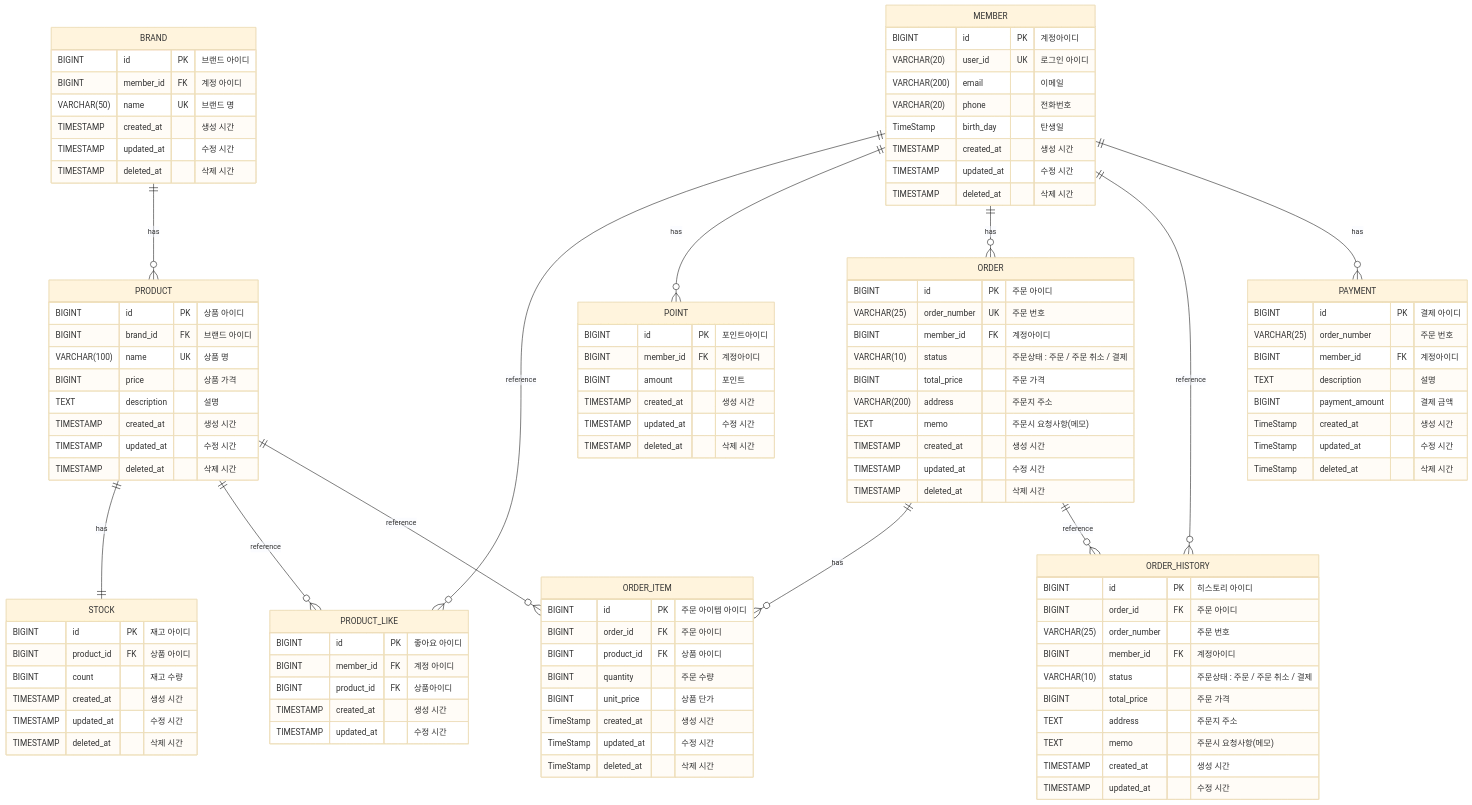
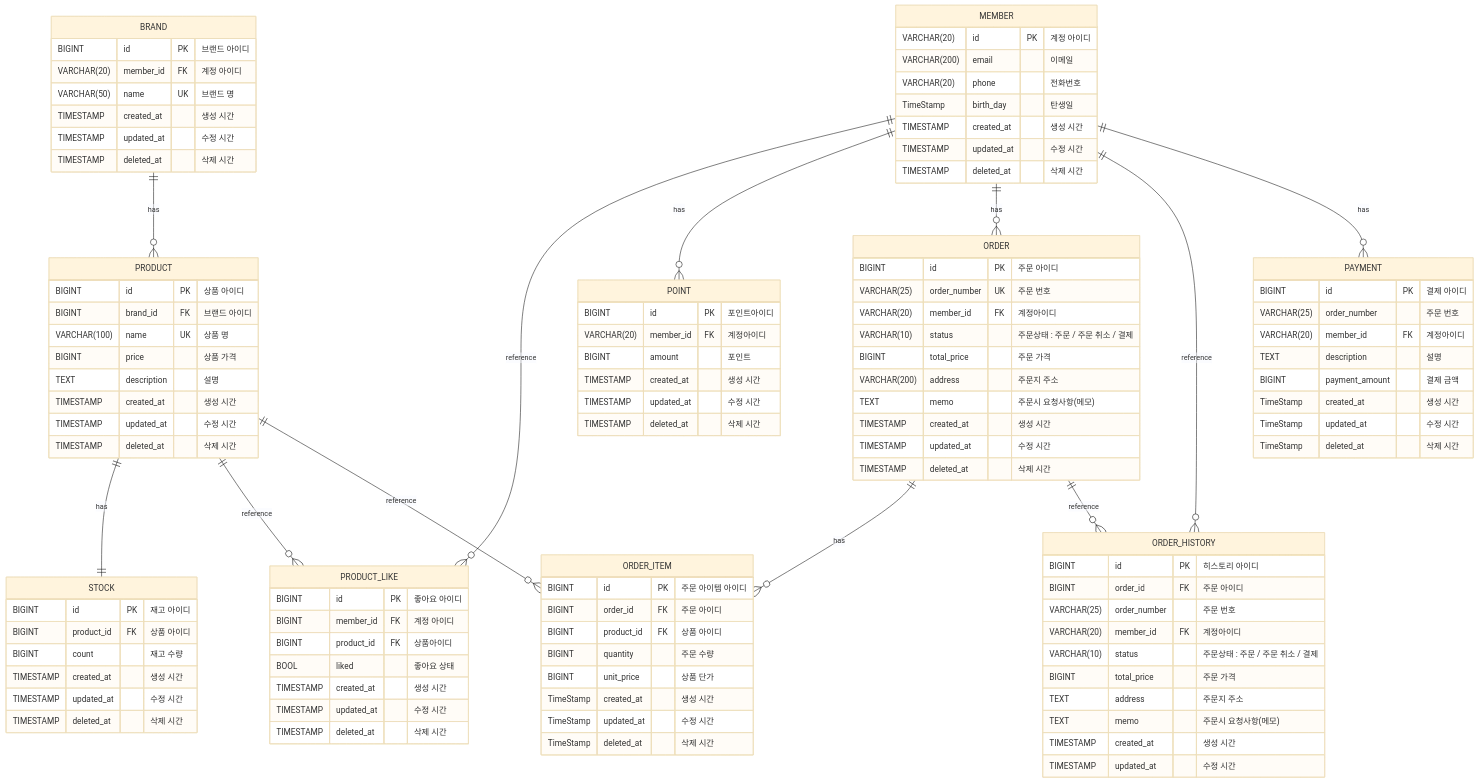
The diagram in apps/commerce-api/docs/desigin/04-erd.md (Loopers-Team-6/younghun), drawn with Mermaid (base theme) before and after one commit. The commit also changed 44 other files, not shown here.

```diff
--- a/apps/commerce-api/docs/desigin/04-erd.md
+++ b/apps/commerce-api/docs/desigin/04-erd.md
@@ -5,7 +5,7 @@
 %%브랜드    
 BRAND {
  BIGINT id PK "브랜드 아이디"
- BIGINT member_id FK "계정 아이디"
+ VARCHAR(20) member_id FK "계정 아이디"
  VARCHAR(50) name UK "브랜드 명"
 
  TIMESTAMP created_at "생성 시간"
@@ -41,15 +41,16 @@
  BIGINT id PK "좋아요 아이디"   
  BIGINT member_id FK "계정 아이디"
  BIGINT product_id FK "상품아이디"
+ BOOL   liked  "좋아요 상태"
  
  TIMESTAMP created_at "생성 시간"
  TIMESTAMP updated_at "수정 시간"
+ TIMESTAMP deleted_at "삭제 시간"
 }
 
 %% 계정
 MEMBER {
- BIGINT id PK "계정아이디"
- VARCHAR(20) user_id UK "로그인 아이디"
+ VARCHAR(20) id PK "계정 아이디"
  VARCHAR(200) email "이메일"
  VARCHAR(20) phone "전화번호"
  TimeStamp birth_day "탄생일"
@@ -61,7 +62,7 @@
 %% 포인트
 POINT {
  BIGINT id PK "포인트아이디"
- BIGINT member_id FK "계정아이디"
+ VARCHAR(20) member_id FK "계정아이디"
  BIGINT amount "포인트"
 
  TIMESTAMP created_at "생성 시간"
@@ -74,7 +75,7 @@
 ORDER {
  BIGINT id PK "주문 아이디"
  VARCHAR(25) order_number UK "주문 번호"
- BIGINT member_id FK "계정아이디" 
+ VARCHAR(20) member_id FK "계정아이디" 
  VARCHAR(10) status "주문상태 : 주문 / 주문 취소 / 결제"
  
  BIGINT total_price "주문 가격"    
@@ -106,7 +107,7 @@
  BIGINT id PK "히스토리 아이디"
  BIGINT order_id FK "주문 아이디"
  VARCHAR(25) order_number "주문 번호"
- BIGINT member_id FK "계정아이디"
+ VARCHAR(20) member_id FK "계정아이디"
  VARCHAR(10) status "주문상태 : 주문 / 주문 취소 / 결제"
  
  BIGINT total_price "주문 가격"
@@ -122,7 +123,7 @@
 PAYMENT {
  BIGINT id PK "결제 아이디"
  VARCHAR(25) order_number "주문 번호"
- BIGINT member_id FK "계정아이디"
+ VARCHAR(20) member_id FK "계정아이디"
  TEXT description "설명"
  BIGINT payment_amount "결제 금액"
  TimeStamp created_at "생성 시간"
```
